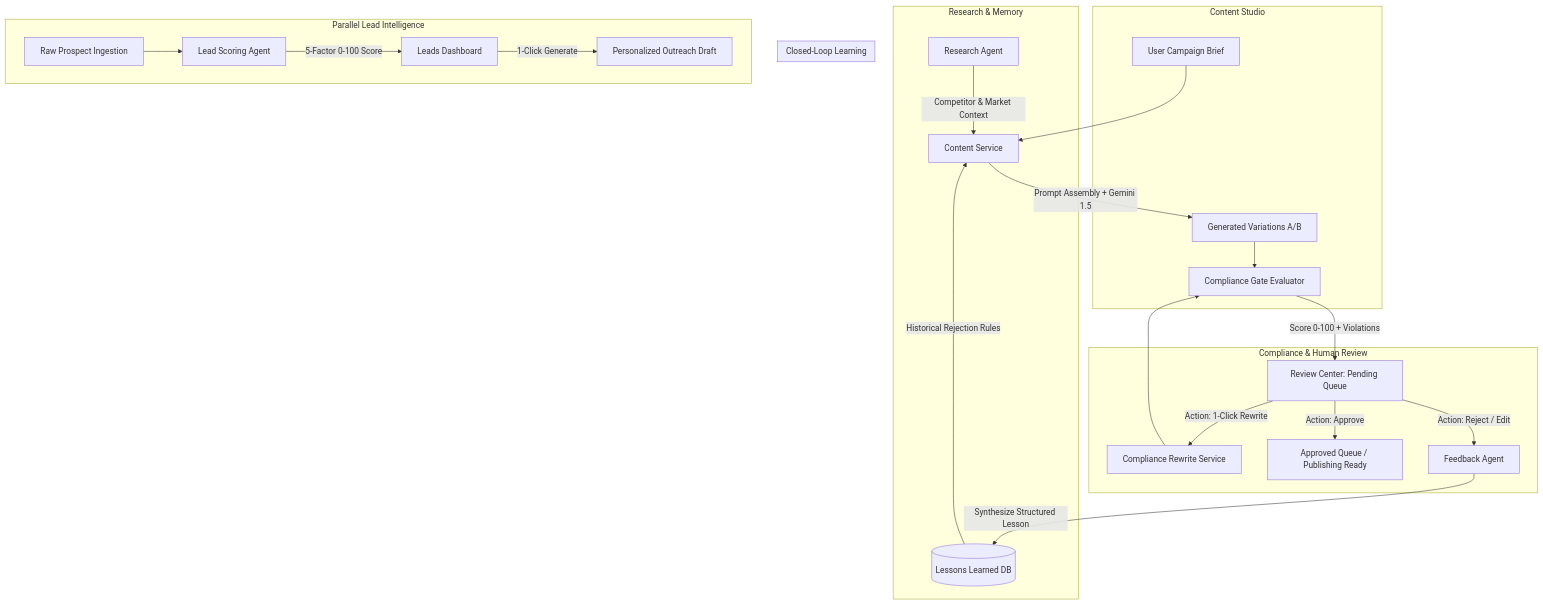
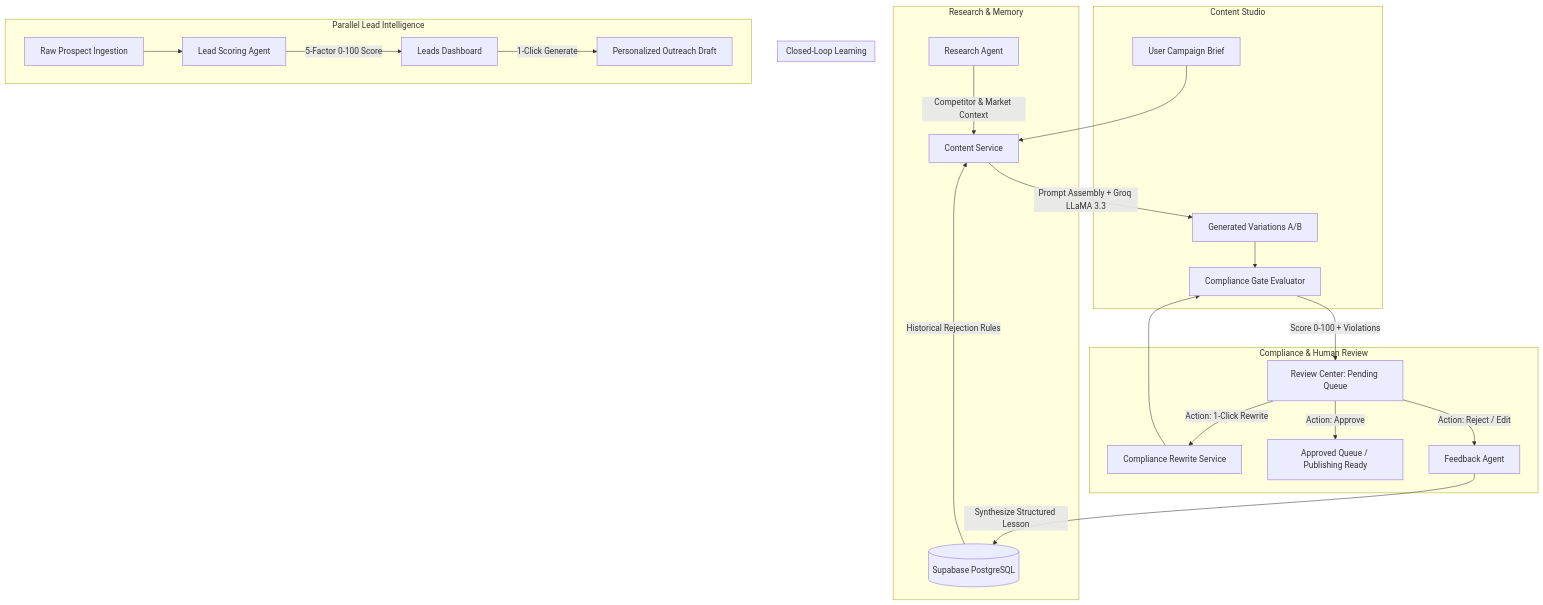
The diagram in README.md (abhirambuilds/ja-assure-ai-marketing-agent), drawn with Mermaid before and after one commit. The commit also changed other lines of this file and 17 other files, not shown here.

Commit message:
feat: migrate AI provider to Groq and database to Supabase PostgreSQL

````diff
--- a/README.md
+++ b/README.md
@@ -86,31 +87,31 @@
 ```mermaid
 flowchart TD
     subgraph Research & Memory
         R[Research Agent] -->|Competitor & Market Context| CS[Content Service]
-        LL[(Lessons Learned DB)] -->|Historical Rejection Rules| CS
+        LL[(Supabase PostgreSQL)] -->|Historical Rejection Rules| CS
     end
 
     subgraph Content Studio
         Brief[User Campaign Brief] --> CS
-        CS -->|Prompt Assembly + Gemini 1.5| Gen[Generated Variations A/B]
+        CS -->|Prompt Assembly + Groq LLaMA 3.3| Gen[Generated Variations A/B]
         Gen --> CG[Compliance Gate Evaluator]
     end
 
     subgraph Compliance & Human Review
         CG -->|Score 0-100 + Violations| RC[Review Center: Pending Queue]
         RC -->|Action: 1-Click Rewrite| CR[Compliance Rewrite Service]
         CR --> CG
         RC -->|Action: Approve| AQ[Approved Queue / Publishing Ready]
         RC -->|Action: Reject / Edit| FB[Feedback Agent]
     end
 
     subgraph Closed-Loop Learning
         FB -->|Synthesize Structured Lesson| LL
     end
 
     subgraph Parallel Lead Intelligence
         LeadData[Raw Prospect Ingestion] --> LA[Lead Scoring Agent]
         LA -->|5-Factor 0-100 Score| LD[Leads Dashboard]
         LD -->|1-Click Generate| PO[Personalized Outreach Draft]
     end
 ```
````
